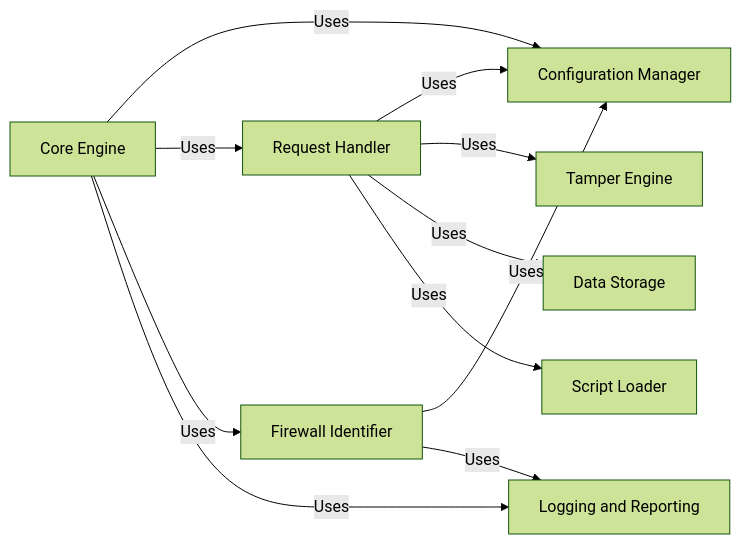
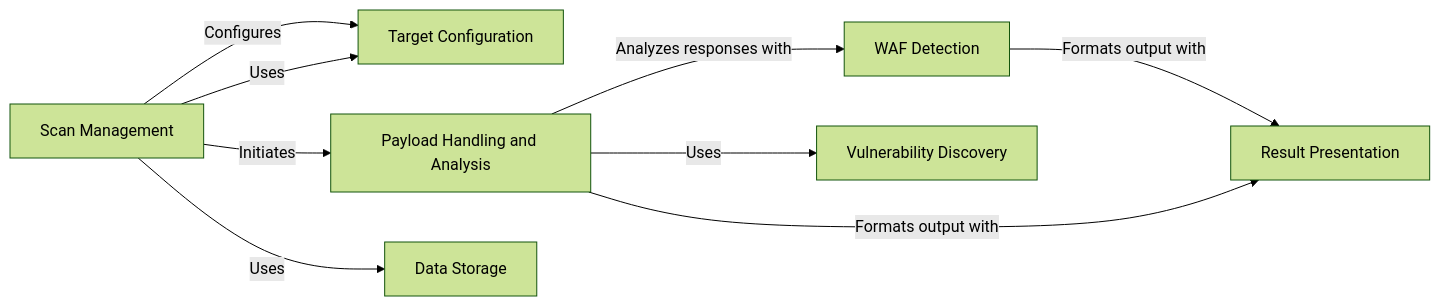
Before and after one commit to CodeBoarding/GeneratedOnBoardings: the diagram in WhatWaf/on_boarding.md, drawn with Mermaid (forest theme). The commit also changed other lines of this file and 14 other files, not shown here.

Commit message:
Uploading onboarding materials for WhatWaf

````diff
--- a/WhatWaf/on_boarding.md
+++ b/WhatWaf/on_boarding.md
@@ -1,29 +1,25 @@
 ```mermaid
 graph LR
-    Core_Engine["Core Engine"]
-    Configuration_Manager["Configuration Manager"]
-    Request_Handler["Request Handler"]
-    Tamper_Engine["Tamper Engine"]
-    Firewall_Identifier["Firewall Identifier"]
+    Target_Configuration["Target Configuration"]
+    Scan_Management["Scan Management"]
+    Payload_Handling_and_Analysis["Payload Handling and Analysis"]
+    WAF_Detection["WAF Detection"]
+    Vulnerability_Discovery["Vulnerability Discovery"]
+    Result_Presentation["Result Presentation"]
     Data_Storage["Data Storage"]
-    Logging_and_Reporting["Logging and Reporting"]
-    Script_Loader["Script Loader"]
-    Core_Engine -- "Uses" --> Configuration_Manager
-    Core_Engine -- "Uses" --> Request_Handler
-    Core_Engine -- "Uses" --> Firewall_Identifier
-    Core_Engine -- "Uses" --> Logging_and_Reporting
-    Firewall_Identifier -- "Uses" --> Configuration_Manager
-    Firewall_Identifier -- "Uses" --> Logging_and_Reporting
-    Request_Handler -- "Uses" --> Configuration_Manager
-    Request_Handler -- "Uses" --> Tamper_Engine
-    Request_Handler -- "Uses" --> Data_Storage
-    Request_Handler -- "Uses" --> Script_Loader
-    click Core_Engine href "https://github.com/CodeBoarding/GeneratedOnBoardings/blob/main/WhatWaf/Core Engine.md" "Details"
-    click Configuration_Manager href "https://github.com/CodeBoarding/GeneratedOnBoardings/blob/main/WhatWaf/Configuration Manager.md" "Details"
-    click Request_Handler href "https://github.com/CodeBoarding/GeneratedOnBoardings/blob/main/WhatWaf/Request Handler.md" "Details"
-    click Tamper_Engine href "https://github.com/CodeBoarding/GeneratedOnBoardings/blob/main/WhatWaf/Tamper Engine.md" "Details"
-    click Firewall_Identifier href "https://github.com/CodeBoarding/GeneratedOnBoardings/blob/main/WhatWaf/Firewall Identifier.md" "Details"
+    Scan_Management -- "Configures" --> Target_Configuration
+    Scan_Management -- "Initiates" --> Payload_Handling_and_Analysis
+    Payload_Handling_and_Analysis -- "Analyzes responses with" --> WAF_Detection
+    WAF_Detection -- "Formats output with" --> Result_Presentation
+    Payload_Handling_and_Analysis -- "Formats output with" --> Result_Presentation
+    Payload_Handling_and_Analysis -- "Uses" --> Vulnerability_Discovery
+    Scan_Management -- "Uses" --> Data_Storage
+    Scan_Management -- "Uses" --> Target_Configuration
+    click Target_Configuration href "https://github.com/CodeBoarding/GeneratedOnBoardings/blob/main/WhatWaf/Target Configuration.md" "Details"
+    click Scan_Management href "https://github.com/CodeBoarding/GeneratedOnBoardings/blob/main/WhatWaf/Scan Management.md" "Details"
+    click Payload_Handling_and_Analysis href "https://github.com/CodeBoarding/GeneratedOnBoardings/blob/main/WhatWaf/Payload Handling and Analysis.md" "Details"
+    click WAF_Detection href "https://github.com/CodeBoarding/GeneratedOnBoardings/blob/main/WhatWaf/WAF Detection.md" "Details"
+    click Vulnerability_Discovery href "https://github.com/CodeBoarding/GeneratedOnBoardings/blob/main/WhatWaf/Vulnerability Discovery.md" "Details"
+    click Result_Presentation href "https://github.com/CodeBoarding/GeneratedOnBoardings/blob/main/WhatWaf/Result Presentation.md" "Details"
     click Data_Storage href "https://github.com/CodeBoarding/GeneratedOnBoardings/blob/main/WhatWaf/Data Storage.md" "Details"
-    click Logging_and_Reporting href "https://github.com/CodeBoarding/GeneratedOnBoardings/blob/main/WhatWaf/Logging and Reporting.md" "Details"
-    click Script_Loader href "https://github.com/CodeBoarding/GeneratedOnBoardings/blob/main/WhatWaf/Script Loader.md" "Details"
 ```
````
